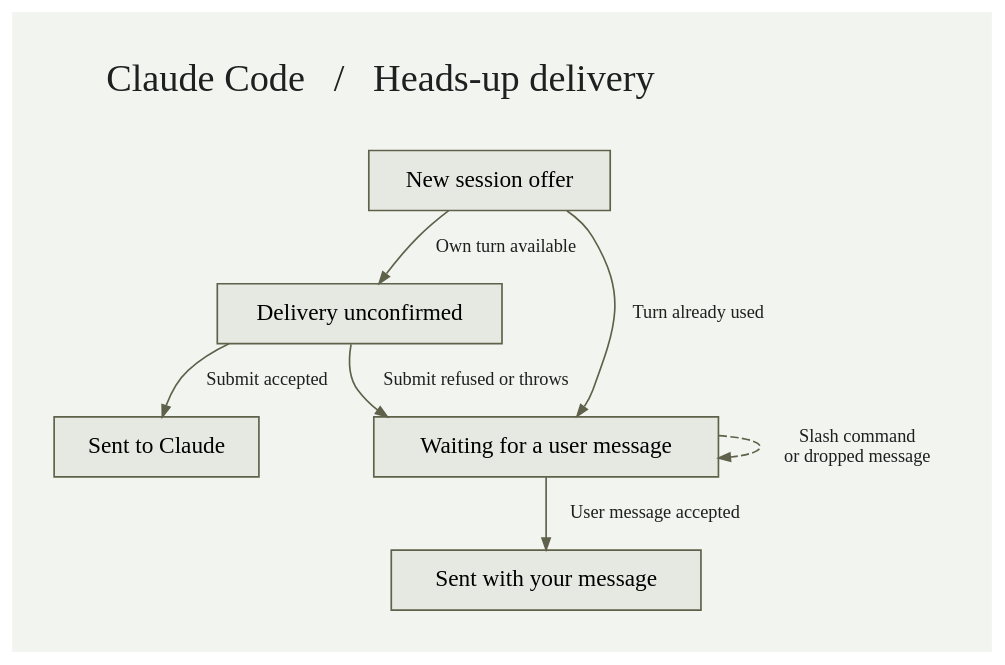
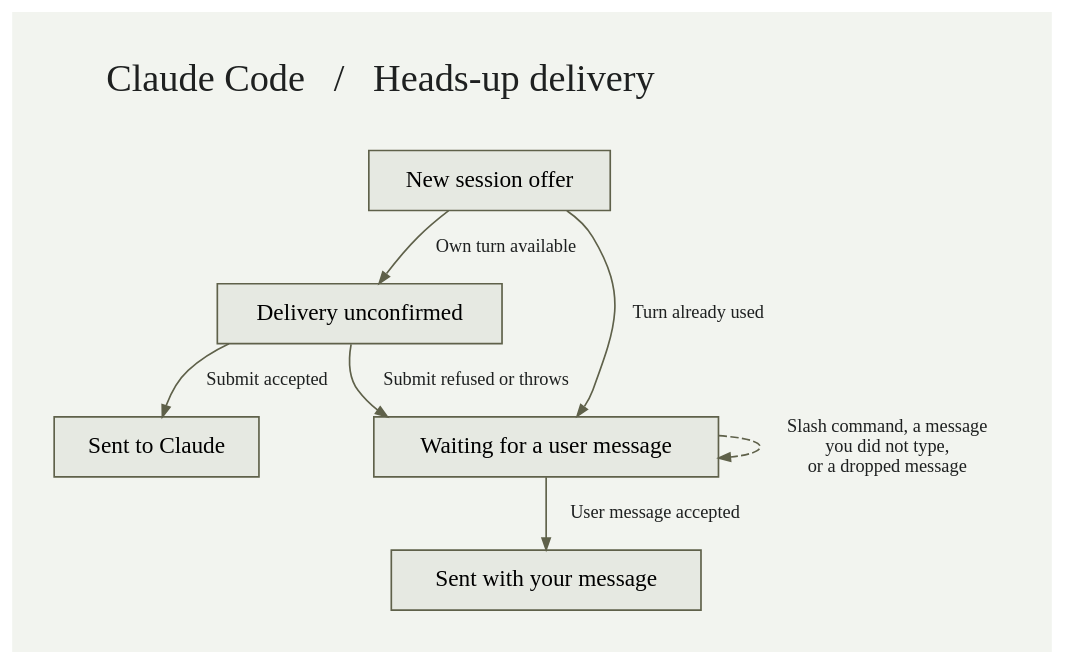
The diagram in mechanisms/binnacle-hud/transitions/heads-ups.dot (MrBinnacle/skills), drawn with Graphviz before and after one commit. The commit also changed 7 other files, not shown here.

```diff
--- a/mechanisms/binnacle-hud/transitions/heads-ups.dot
+++ b/mechanisms/binnacle-hud/transitions/heads-ups.dot
@@ -1,17 +1,17 @@
 // Claude Code store.set / prompt.submit hooks
 digraph HeadsUps {
   graph [rankdir=TB, bgcolor="#F2F4EF", pad=.35, nodesep=.35, ranksep=.43, fontname="IBM Plex Sans", labelloc=t, labeljust=l, label="Claude Code   /   Heads-up delivery\n ", fontsize=23, fontcolor="#1E2020"];
   node [shape=box, style=filled, color="#5F614A", fillcolor="#E6E9E2", fontname="IBM Plex Sans", fontsize=14, margin=".18,.12"];
   edge [color="#5F614A", fontcolor="#1E2020", fontname="IBM Plex Sans", fontsize=11, arrowsize=.7];
   offer [label="New session offer"];
   pending [label="Delivery unconfirmed"];
   waiting [label="Waiting for a user message"];
   accepted [label="Sent to Claude"];
   carried [label="Sent with your message"];
   offer -> pending [label="  Own turn available"];
   offer -> waiting [label="  Turn already used"];
   pending -> accepted [label="  Submit accepted"];
   pending -> waiting [label="  Submit refused or throws"];
-  waiting -> waiting [label="  Slash command\n  or dropped message", style=dashed];
+  waiting -> waiting [label="  Slash command, a message\n  you did not type,\n  or a dropped message", style=dashed];
   waiting -> carried [label="  User message accepted"];
 }
```
